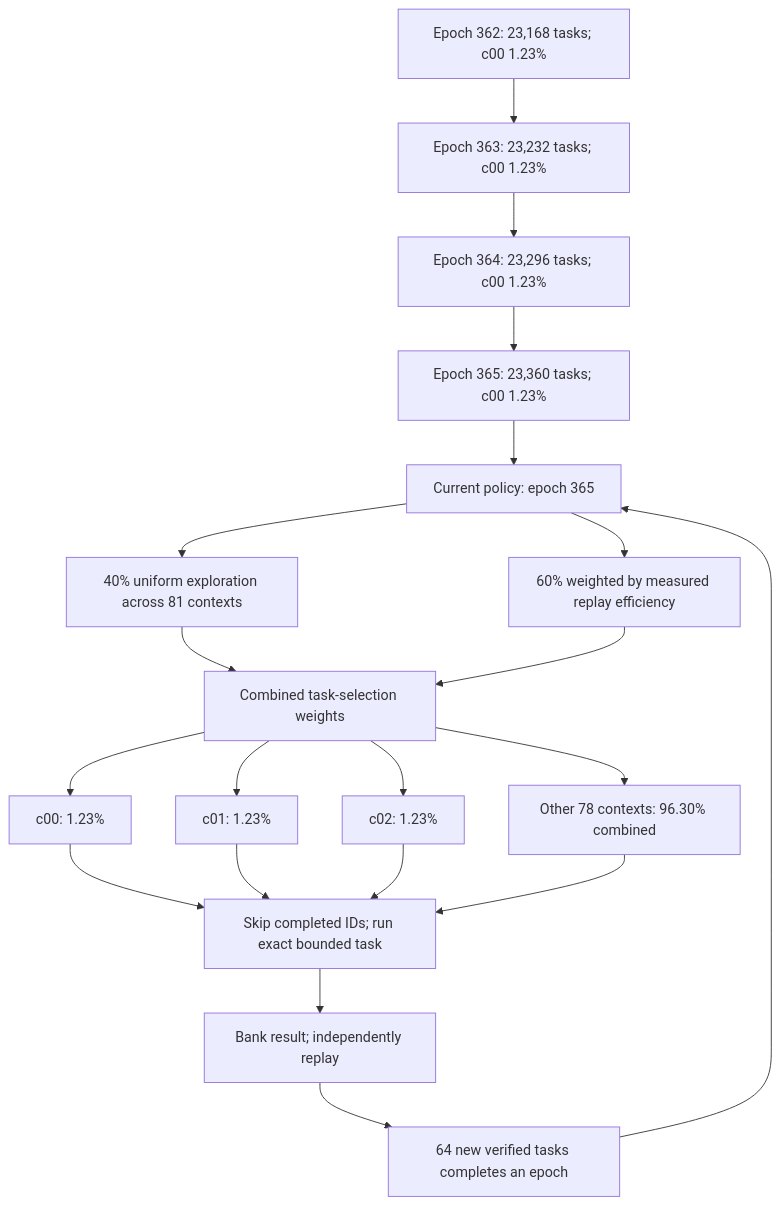
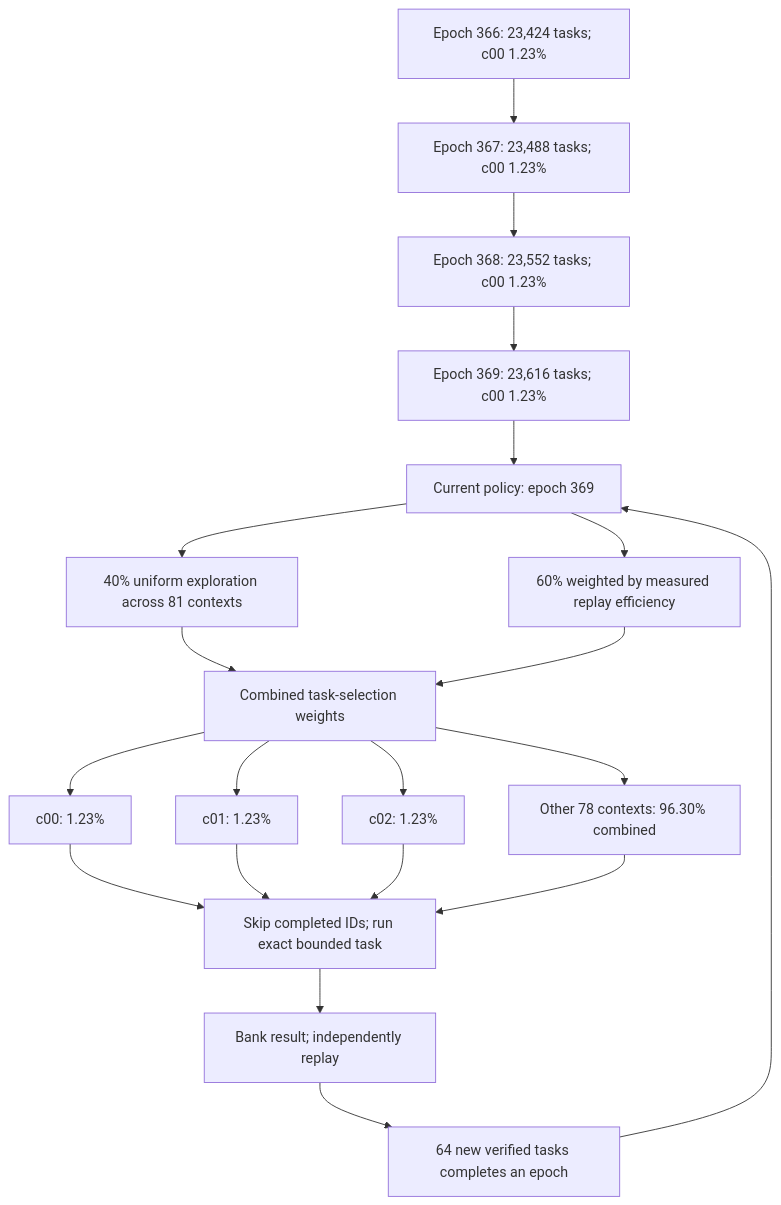
Before and after one commit to Kuberwastaken/math-gambling: the first of 2 diagrams in README.md, drawn with Mermaid. The commit also changed other lines of this file and 597 other files, not shown here.

````diff
--- a/README.md
+++ b/README.md
@@ -49,27 +49,27 @@
 ```mermaid
 flowchart TD
-    H0["Epoch 362: 23,168 tasks; c00 1.23%"]
-    H1["Epoch 363: 23,232 tasks; c00 1.23%"]
+    H0["Epoch 366: 23,424 tasks; c00 1.23%"]
+    H1["Epoch 367: 23,488 tasks; c00 1.23%"]
     H0 --> H1
-    H2["Epoch 364: 23,296 tasks; c00 1.23%"]
+    H2["Epoch 368: 23,552 tasks; c00 1.23%"]
     H1 --> H2
-    H3["Epoch 365: 23,360 tasks; c00 1.23%"]
+    H3["Epoch 369: 23,616 tasks; c00 1.23%"]
     H2 --> H3
-    Policy["Current policy: epoch 365"]
+    Policy["Current policy: epoch 369"]
     H3 --> Policy
     Policy --> Explore["40% uniform exploration across 81 contexts"]
     Policy --> Cost["60% weighted by measured replay efficiency"]
     Explore --> Mix["Combined task-selection weights"]
     Cost --> Mix
     Mix --> C0["c00: 1.23%"]
     Mix --> C1["c01: 1.23%"]
     Mix --> C2["c02: 1.23%"]
     Mix --> Rest["Other 78 contexts: 96.30% combined"]
     C0 --> Check["Skip completed IDs; run exact bounded task"]
     C1 --> Check
     C2 --> Check
     Rest --> Check
     Check --> Replay["Bank result; independently replay"]
     Replay --> Gate["64 new verified tasks completes an epoch"]
     Gate --> Policy
 ```
````
